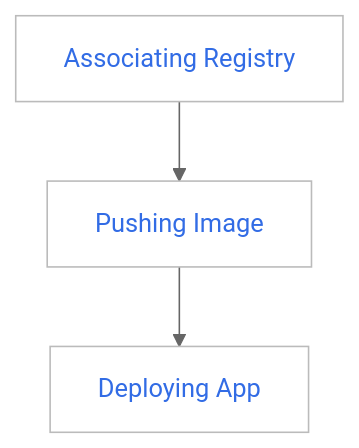
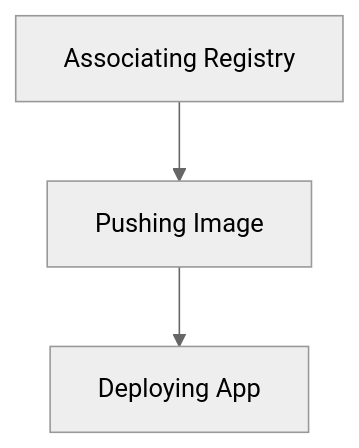
Before and after one commit to DaoCloud/DaoCloud-docs: the diagram in docs/en/docs/kangaroo/quickstart/ws-admin-registry.md, drawn with Mermaid (neutral theme). The commit also changed 40 other files, not shown here.

Commit message:
remove classdef and class from mermaid blocks globally (#7555)

````diff
--- a/docs/en/docs/kangaroo/quickstart/ws-admin-registry.md
+++ b/docs/en/docs/kangaroo/quickstart/ws-admin-registry.md
@@ -25,15 +25,9 @@
 ```mermaid
 graph TB
 
 integrate[Associating Registry] --> push[Pushing Image] --> deploy[Deploying App]
 
-classDef plain fill:#ddd,stroke:#fff,stroke-width:1px,color:#000;
-classDef k8s fill:#326ce5,stroke:#fff,stroke-width:1px,color:#fff;
-classDef cluster fill:#fff,stroke:#bbb,stroke-width:1px,color:#326ce5;
-
-class integrate,push,deploy cluster;
-
 click integrate "https://docs.daocloud.io/en/kangaroo/related-registry/"
 click push "https://docs.daocloud.io/en/kangaroo/quickstart/push/"
 click deploy "https://docs.daocloud.io/en/kpanda/user-guide/workloads/create-deployment/"
 ```
````
